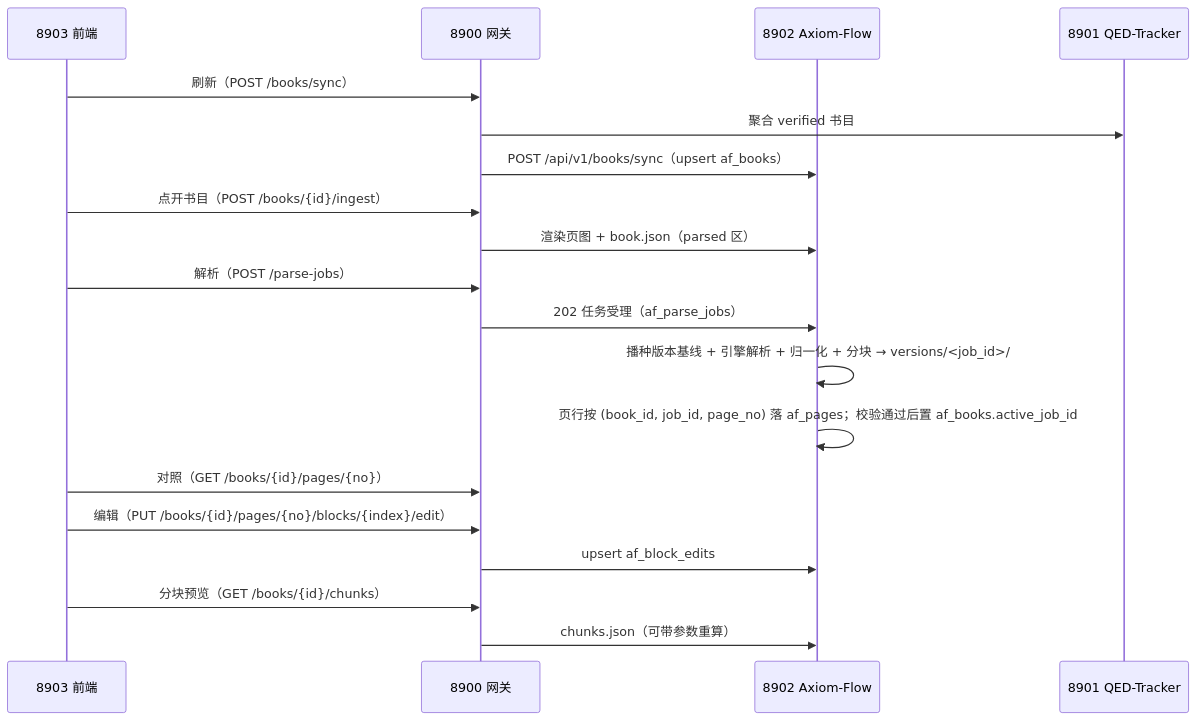
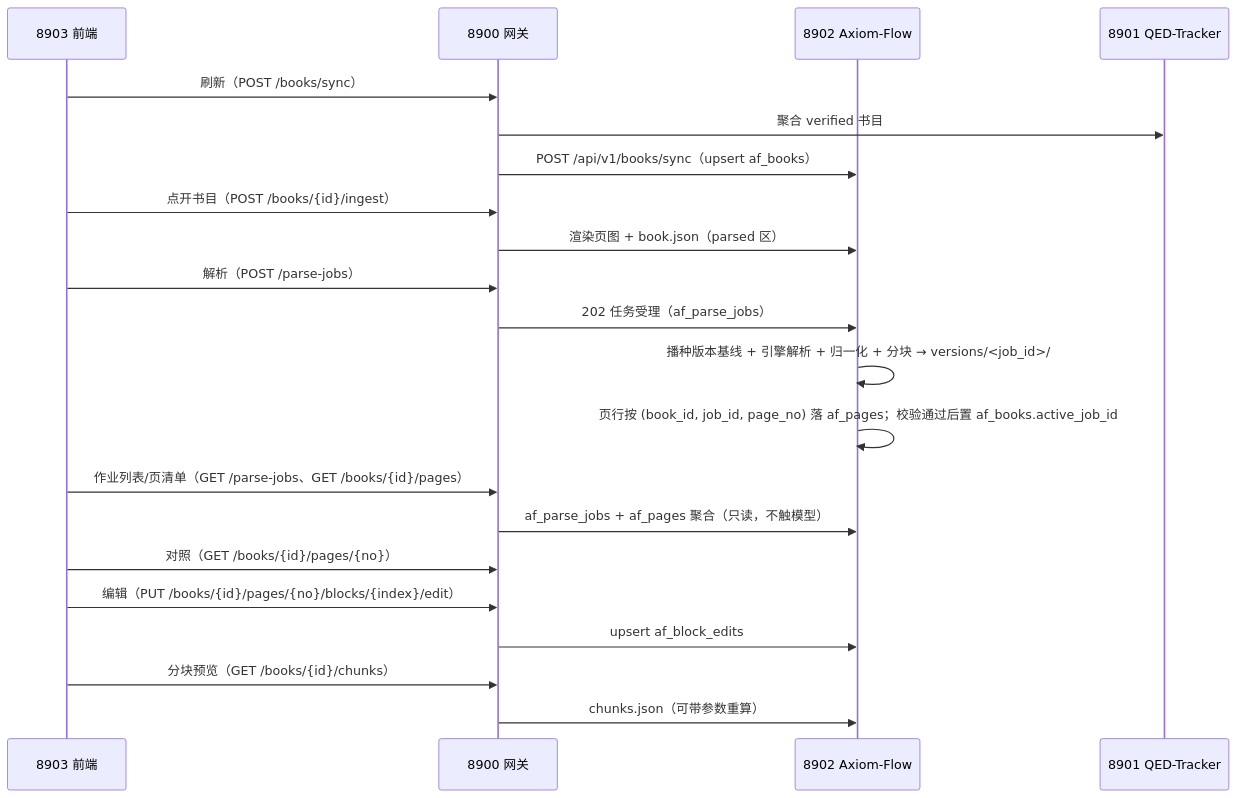
Before and after one commit to swfswf1234/Axiom-Flow: the diagram in docs/design/parsing-management.md, drawn with Mermaid. The commit also changed other lines of this file and 3 other files, not shown here.

````diff
--- a/docs/design/parsing-management.md
+++ b/docs/design/parsing-management.md
@@ -44,21 +44,23 @@
 ```mermaid
 sequenceDiagram
     participant FE as 8903 前端
     participant GW as 8900 网关
     participant AX as 8902 Axiom-Flow
     participant TR as 8901 QED-Tracker
     FE->>GW: 刷新（POST /books/sync）
     GW->>TR: 聚合 verified 书目
     GW->>AX: POST /api/v1/books/sync（upsert af_books）
     FE->>GW: 点开书目（POST /books/{id}/ingest）
     GW->>AX: 渲染页图 + book.json（parsed 区）
     FE->>GW: 解析（POST /parse-jobs）
     GW->>AX: 202 任务受理（af_parse_jobs）
     AX->>AX: 播种版本基线 + 引擎解析 + 归一化 + 分块 → versions/<job_id>/
     AX->>AX: 页行按 (book_id, job_id, page_no) 落 af_pages；校验通过后置 af_books.active_job_id
+    FE->>GW: 作业列表/页清单（GET /parse-jobs、GET /books/{id}/pages）
+    GW->>AX: af_parse_jobs + af_pages 聚合（只读，不触模型）
     FE->>GW: 对照（GET /books/{id}/pages/{no}）
     FE->>GW: 编辑（PUT /books/{id}/pages/{no}/blocks/{index}/edit）
     GW->>AX: upsert af_block_edits
     FE->>GW: 分块预览（GET /books/{id}/chunks）
     GW->>AX: chunks.json（可带参数重算）
 ```
````
